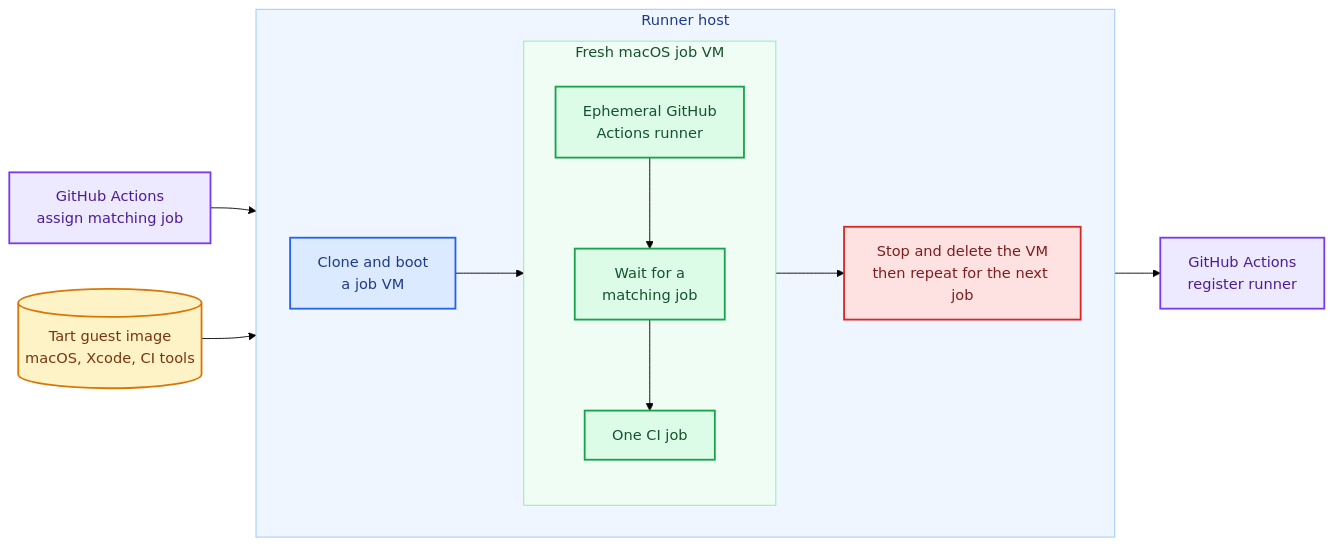
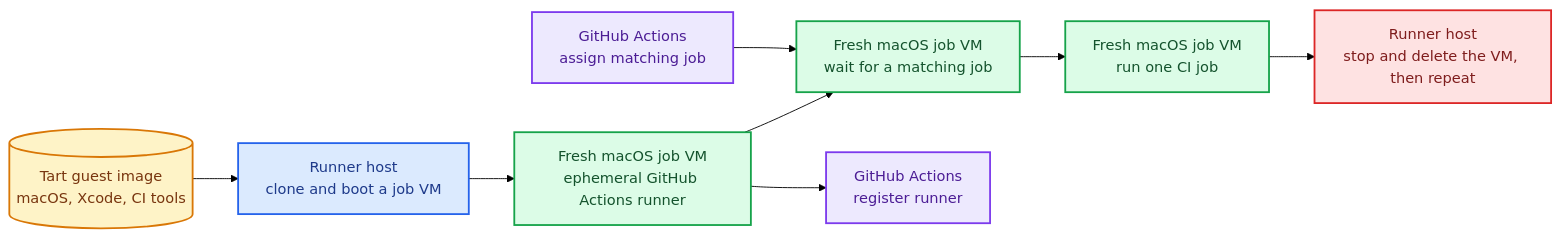
The diagram in README.md (JanC/tartelette), drawn with Mermaid (forest theme) before and after one commit.

Commit message:
Simplify VM lifecycle diagram

````diff
--- a/README.md
+++ b/README.md
@@ -34,43 +34,27 @@
 ```mermaid
 flowchart LR
     Image[(Tart guest image<br/>macOS, Xcode, CI tools)]
-
-    subgraph Host[Runner host]
-        direction LR
-        Clone[Clone and boot<br/>a job VM]
-
-        subgraph JobVM[Fresh macOS job VM]
-            direction TB
-            Runner[Ephemeral GitHub<br/>Actions runner]
-            Wait[Wait for a<br/>matching job]
-            Job[One CI job]
-            Runner --> Wait --> Job
-        end
-
-        Remove[Stop and delete the VM<br/>then repeat for the next job]
-
-        Clone --> Runner
-        Job --> Remove
-    end
-
+    Clone[Runner host<br/>clone and boot a job VM]
+    Runner[Fresh macOS job VM<br/>ephemeral GitHub Actions runner]
+    Wait[Fresh macOS job VM<br/>wait for a matching job]
+    Job[Fresh macOS job VM<br/>run one CI job]
+    Remove[Runner host<br/>stop and delete the VM, then repeat]
     Registration[GitHub Actions<br/>register runner]
     Assignment[GitHub Actions<br/>assign matching job]
 
-    Image --> Host
+    Image --> Clone --> Runner --> Wait --> Job --> Remove
     Runner --> Registration
     Assignment --> Wait
 
     classDef image fill:#fef3c7,stroke:#d97706,color:#78350f,stroke-width:2px
     classDef host fill:#dbeafe,stroke:#2563eb,color:#1e3a8a,stroke-width:2px
     classDef guest fill:#dcfce7,stroke:#16a34a,color:#14532d,stroke-width:2px
     classDef github fill:#ede9fe,stroke:#7c3aed,color:#4c1d95,stroke-width:2px
     classDef cleanup fill:#fee2e2,stroke:#dc2626,color:#7f1d1d,stroke-width:2px
 
     class Image image
     class Clone host
     class Runner,Wait,Job guest
     class Registration,Assignment github
     class Remove cleanup
-    style Host fill:#eff6ff,stroke:#93c5fd,color:#1e3a8a
-    style JobVM fill:#f0fdf4,stroke:#86efac,color:#14532d
 ```
````
